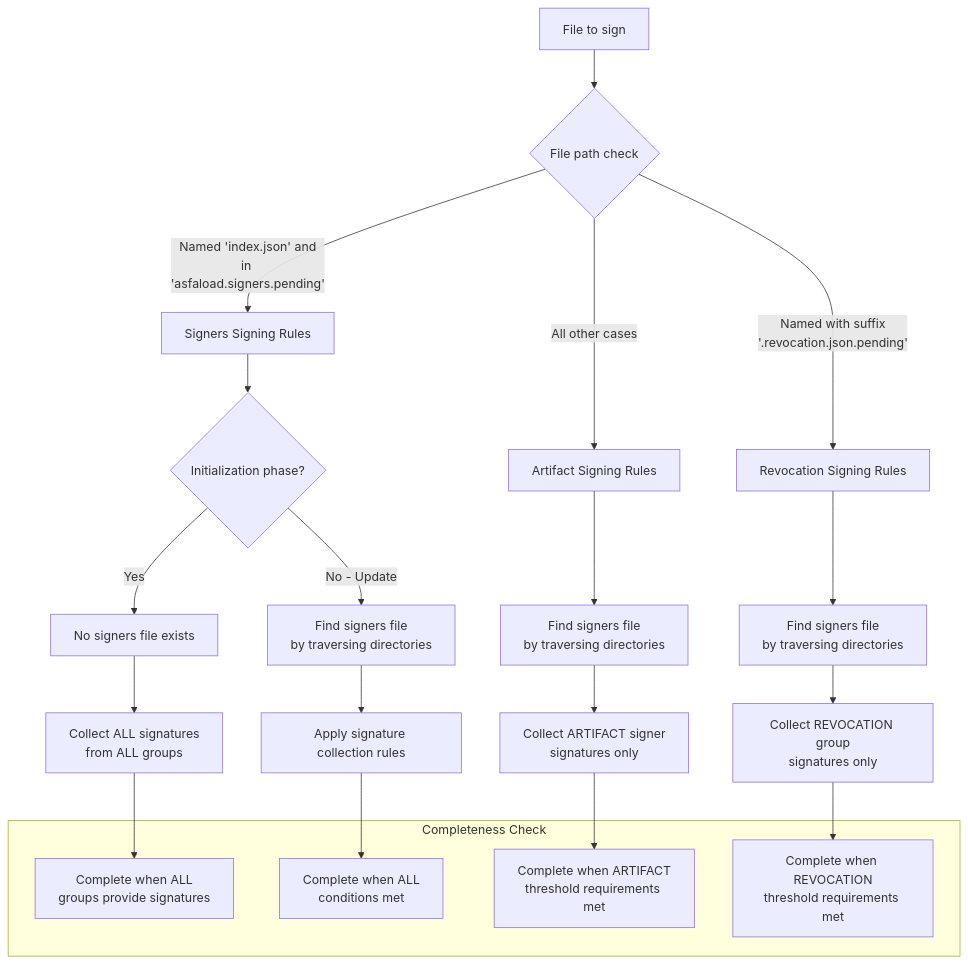
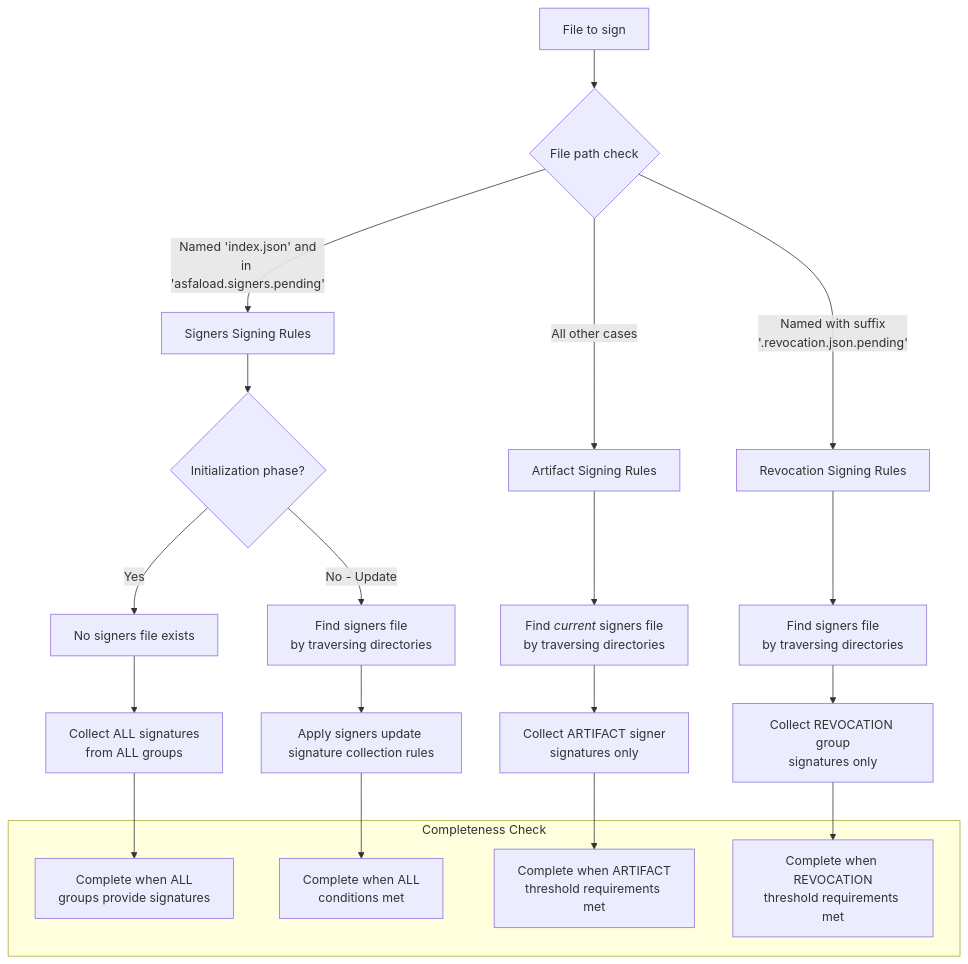
Before and after one commit to asfaload/spec: the seventh of 8 diagrams in spec.md, drawn with Mermaid. The commit also changed other lines of this file, not shown here.

Commit message:
schema fixes

````diff
--- a/spec.md
+++ b/spec.md
@@ -469,32 +469,32 @@
 ```mermaid
 flowchart TD
     A[File to sign] --> B{File path check}
     B -->|Named 'index.json' and<br/>in 'asfaload.signers.pending'| C[Signers Signing Rules]
     B -->|Named with suffix<br/>'.revocation.json.pending'| R[Revocation Signing Rules]
     B -->|All other cases| D[Artifact Signing Rules]
 
     C --> E{Initialization phase?}
     E -->|Yes| F[No signers file exists]
     F --> G[Collect ALL signatures<br/>from ALL groups]
 
     E -->|No - Update| H[Find signers file<br/>by traversing directories]
-    H --> I[Apply signature collection rules]
+    H --> I[Apply signers update signature collection rules]
 
-    D --> J[Find signers file<br/>by traversing directories]
+    D --> J[Find <i>current</i> signers file<br/>by traversing directories]
     J --> K[Collect ARTIFACT signer<br/>signatures only]
 
     R --> S[Find signers file<br/>by traversing directories]
     S --> T[Collect REVOCATION group<br/>signatures only]
 
     G --> L[Complete when ALL<br/>groups provide signatures]
     I --> M[Complete when ALL<br/>conditions met]
     K --> N[Complete when ARTIFACT<br/>threshold requirements met]
     T --> U[Complete when REVOCATION<br/>threshold requirements met]
 
     subgraph Completeness Check
     L
     M
     N
     U
     end
 ```
````
